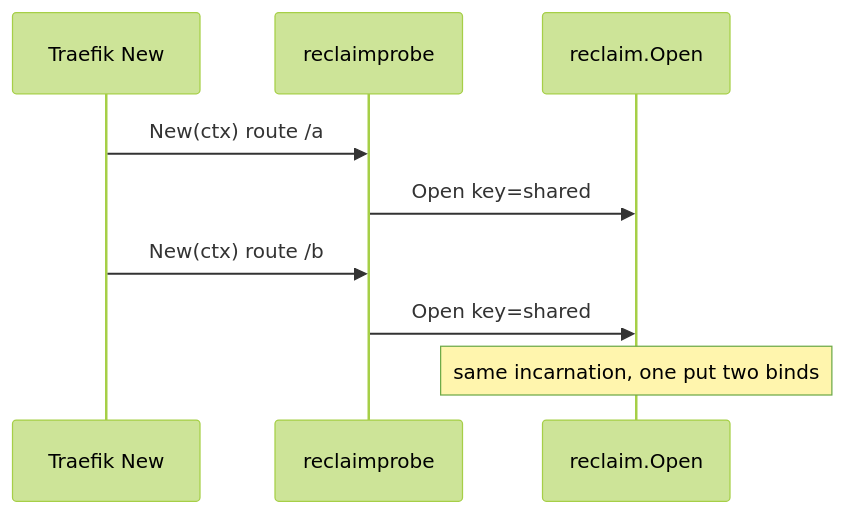
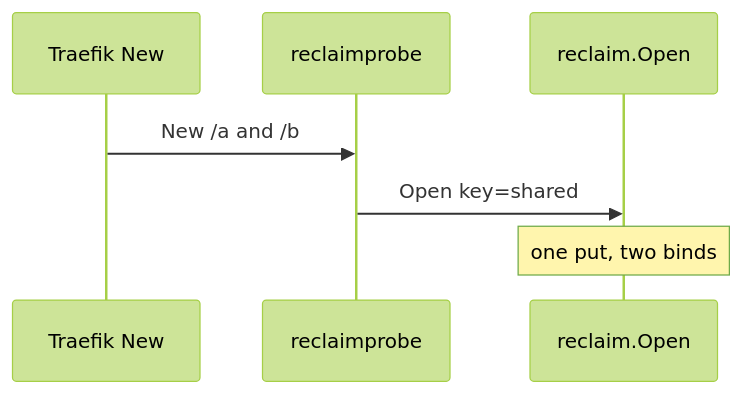
The diagram in devstate/2026/09/2026-09-11-reclaim-table/card.md (david-garcia-garcia/traefik-middleware-utilities), drawn with Mermaid (forest theme) before and after one commit. The commit also changed other lines of this file and 10 other files, not shown here.

````diff
--- a/devstate/2026/09/2026-09-11-reclaim-table/card.md
+++ b/devstate/2026/09/2026-09-11-reclaim-table/card.md
@@ -21,11 +19,9 @@
 ```mermaid
 sequenceDiagram
   participant T as Traefik New
   participant P as reclaimprobe
   participant R as reclaim.Open
-  T->>P: New(ctx) route /a
+  T->>P: New /a and /b
   P->>R: Open key=shared
-  T->>P: New(ctx) route /b
-  P->>R: Open key=shared
-  Note over R: same incarnation, one put two binds
+  Note over R: one put, two binds
 ```
````
